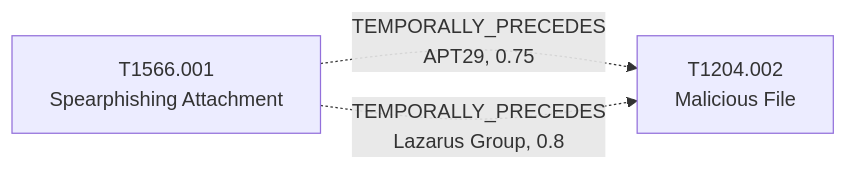
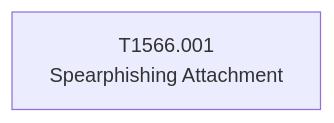
One commit to HungryBrain-bot/attackKnowledgeGraph changed the diagram in docs/attack-patterns/T1566.001-spearphishing-attachment.md. Above: the diagram before and after it, drawn with Mermaid. The commit also changed other lines of this file and 22 other files, not shown here.

First line of the commit message:
fix: re-audit all 17 semantic edges against primary sources; keep 5

````diff
--- a/docs/attack-patterns/T1566.001-spearphishing-attachment.md
+++ b/docs/attack-patterns/T1566.001-spearphishing-attachment.md
@@ -77,7 +85,5 @@
 ```mermaid
 flowchart LR
     T_T1566_001["T1566.001<br/>Spearphishing Attachment"]
-    T_T1204_002["T1204.002<br/>Malicious File"]
-    T_T1566_001 -.->|"TEMPORALLY_PRECEDES<br/>APT29, 0.75"| T_T1204_002
-    T_T1566_001 -.->|"TEMPORALLY_PRECEDES<br/>Lazarus Group, 0.8"| T_T1204_002
+    %% no semantic edges touch T1566.001 yet
 ```
````
